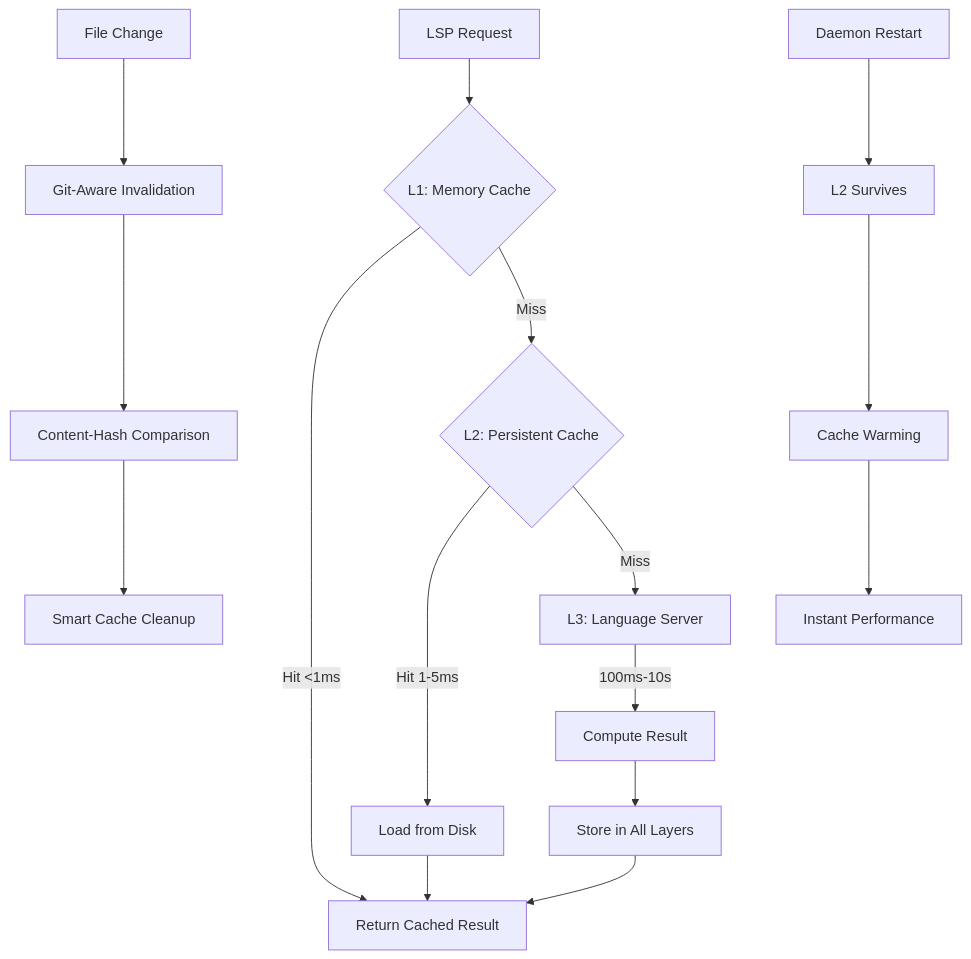
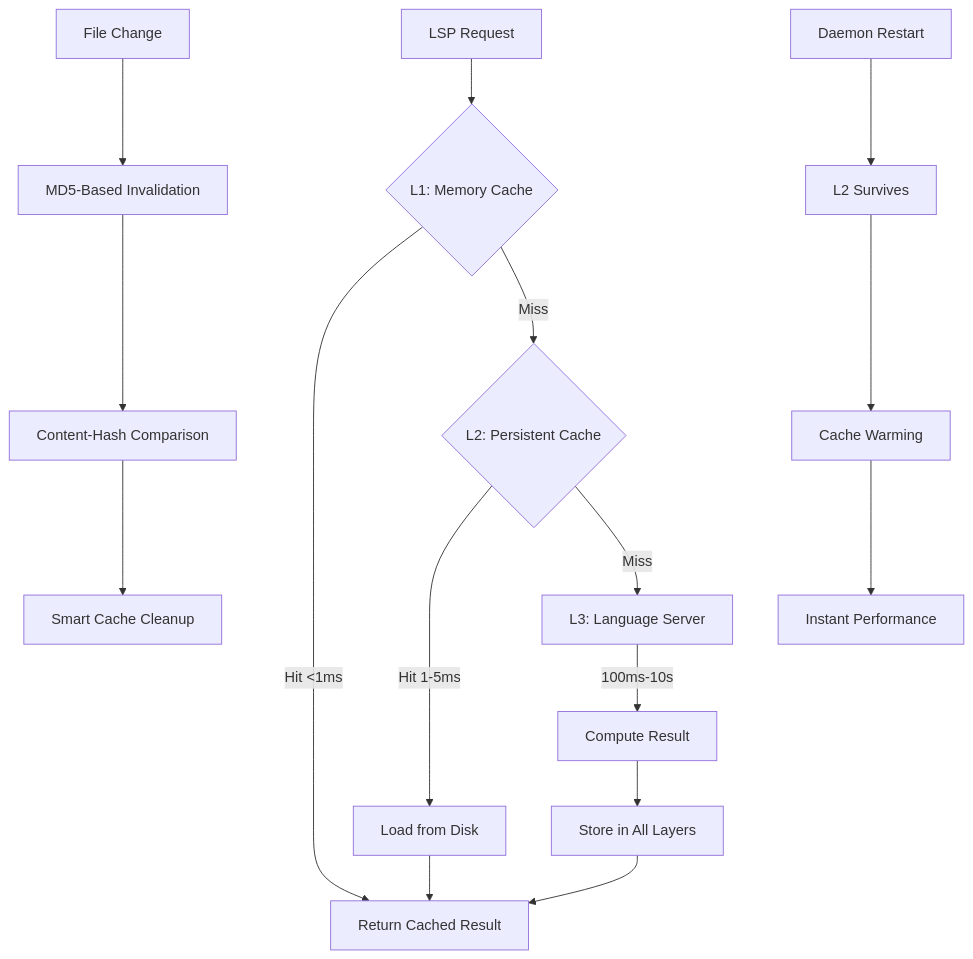
Before and after one commit to probelabs/probe: the first of 2 diagrams in docs/indexing-overview.md, drawn with Mermaid. The commit also changed other lines of this file and 13 other files, not shown here.

First line of the commit message:
refactor(lsp): remove all git dependencies, use MD5-only cache invalidation

````diff
--- a/docs/indexing-overview.md
+++ b/docs/indexing-overview.md
@@ -42,20 +42,20 @@
 ```mermaid
 graph TB
     A[LSP Request] --> B{L1: Memory Cache}
     B -->|Hit <1ms| C[Return Cached Result]
     B -->|Miss| D{L2: Persistent Cache}
     D -->|Hit 1-5ms| E[Load from Disk]
     D -->|Miss| F[L3: Language Server]
     F -->|100ms-10s| G[Compute Result]
     G --> H[Store in All Layers]
     E --> C
     H --> C
     
-    I[File Change] --> J[Git-Aware Invalidation]
+    I[File Change] --> J[MD5-Based Invalidation]
     J --> K[Content-Hash Comparison]
     K --> L[Smart Cache Cleanup]
     
     M[Daemon Restart] --> N[L2 Survives]
     N --> O[Cache Warming]
     O --> P[Instant Performance]
 ```
````
